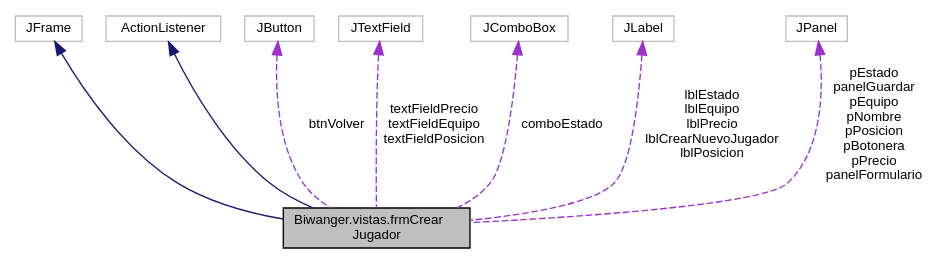
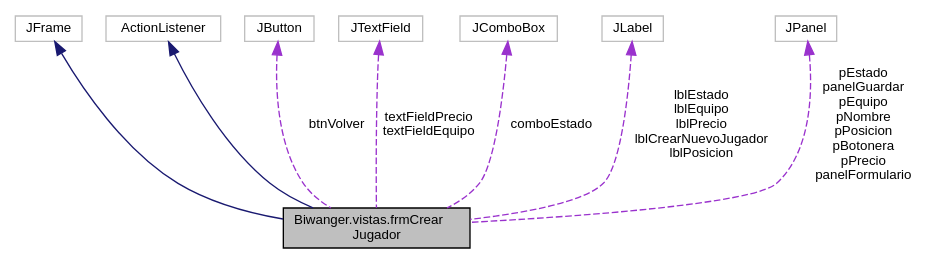
The diagram in docs/class_biwanger_1_1vistas_1_1frm_crear_jugador__coll__graph.dot (nagorecb/BiwangerCliente), drawn with Graphviz before and after one commit. The commit also changed 145 other files, not shown here.

```diff
--- a/docs/class_biwanger_1_1vistas_1_1frm_crear_jugador__coll__graph.dot
+++ b/docs/class_biwanger_1_1vistas_1_1frm_crear_jugador__coll__graph.dot
@@ -1,21 +1,21 @@
 digraph "Biwanger.vistas.frmCrearJugador"
 {
  // LATEX_PDF_SIZE
   edge [fontname="Helvetica",fontsize="10",labelfontname="Helvetica",labelfontsize="10"];
   node [fontname="Helvetica",fontsize="10",shape=record];
   Node1 [label="Biwanger.vistas.frmCrear\lJugador",height=0.2,width=0.4,color="black", fillcolor="grey75", style="filled", fontcolor="black",tooltip=" "];
   Node2 -> Node1 [dir="back",color="midnightblue",fontsize="10",style="solid",fontname="Helvetica"];
   Node2 [label="JFrame",height=0.2,width=0.4,color="grey75", fillcolor="white", style="filled",tooltip=" "];
   Node3 -> Node1 [dir="back",color="midnightblue",fontsize="10",style="solid",fontname="Helvetica"];
   Node3 [label="ActionListener",height=0.2,width=0.4,color="grey75", fillcolor="white", style="filled",tooltip=" "];
   Node4 -> Node1 [dir="back",color="darkorchid3",fontsize="10",style="dashed",label=" btnVolver" ,fontname="Helvetica"];
   Node4 [label="JButton",height=0.2,width=0.4,color="grey75", fillcolor="white", style="filled",tooltip=" "];
-  Node5 -> Node1 [dir="back",color="darkorchid3",fontsize="10",style="dashed",label=" textFieldPrecio\ntextFieldEquipo\ntextFieldPosicion" ,fontname="Helvetica"];
+  Node5 -> Node1 [dir="back",color="darkorchid3",fontsize="10",style="dashed",label=" textFieldPrecio\ntextFieldEquipo" ,fontname="Helvetica"];
   Node5 [label="JTextField",height=0.2,width=0.4,color="grey75", fillcolor="white", style="filled",tooltip=" "];
   Node6 -> Node1 [dir="back",color="darkorchid3",fontsize="10",style="dashed",label=" comboEstado" ,fontname="Helvetica"];
   Node6 [label="JComboBox",height=0.2,width=0.4,color="grey75", fillcolor="white", style="filled",tooltip=" "];
   Node7 -> Node1 [dir="back",color="darkorchid3",fontsize="10",style="dashed",label=" lblEstado\nlblEquipo\nlblPrecio\nlblCrearNuevoJugador\nlblPosicion" ,fontname="Helvetica"];
   Node7 [label="JLabel",height=0.2,width=0.4,color="grey75", fillcolor="white", style="filled",tooltip=" "];
   Node8 -> Node1 [dir="back",color="darkorchid3",fontsize="10",style="dashed",label=" pEstado\npanelGuardar\npEquipo\npNombre\npPosicion\npBotonera\npPrecio\npanelFormulario" ,fontname="Helvetica"];
   Node8 [label="JPanel",height=0.2,width=0.4,color="grey75", fillcolor="white", style="filled",tooltip=" "];
 }
```
